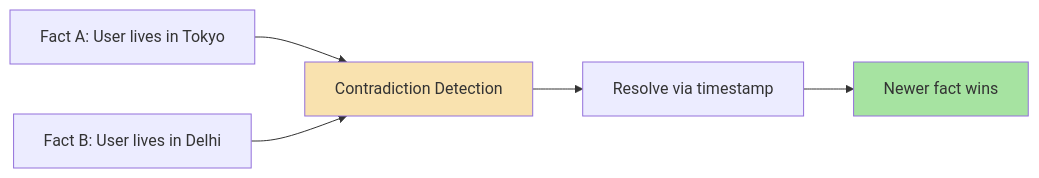
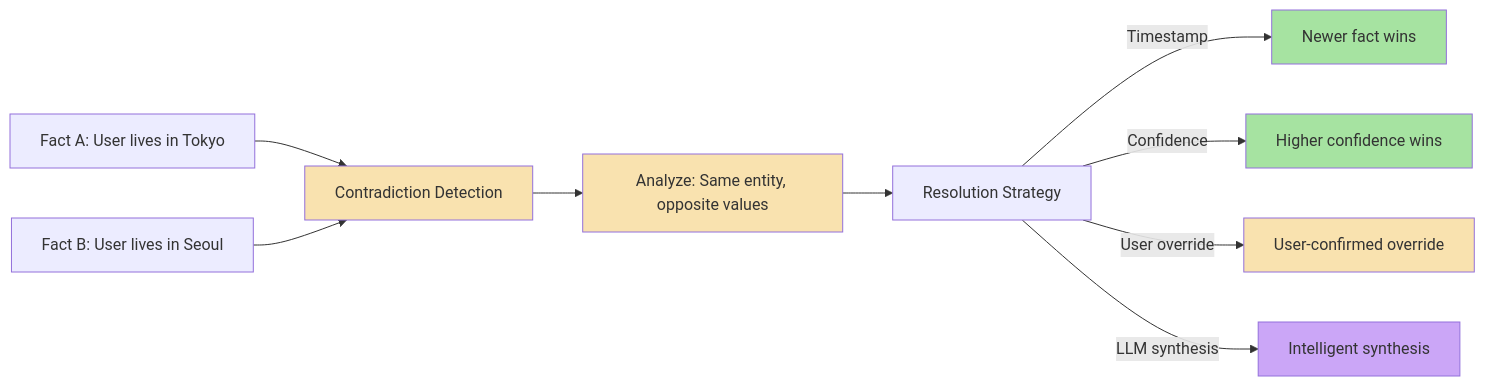
One commit to Amie-dev/FDE-and-GenAI-Mastery changed the fourth of 7 diagrams in Lecture 19 - Agent Memory Systems/notes/06_Claude_Style_Memory_Dreaming_and_Background_Reflection.md. Above: the diagram before and after it, drawn with Mermaid. The commit also changed other lines of this file and 9 other files, not shown here.

````diff
--- a/Lecture 19 - Agent Memory Systems/notes/06_Claude_Style_Memory_Dreaming_and_Background_Reflection.md
+++ b/Lecture 19 - Agent Memory Systems/notes/06_Claude_Style_Memory_Dreaming_and_Background_Reflection.md
@@ -115,10 +217,18 @@
 ```mermaid
 flowchart LR
     A["Fact A: User lives in Tokyo"] --> D[Contradiction Detection]
-    B["Fact B: User lives in Delhi"] --> D
-    D --> E["Resolve via timestamp"]
-    E --> F["Newer fact wins"]
+    B["Fact B: User lives in Seoul"] --> D
+    D --> E["Analyze: Same entity, opposite values"]
+    E --> F["Resolution Strategy"]
+    F -->|Timestamp| G[Newer fact wins]
+    F -->|Confidence| H[Higher confidence wins]
+    F -->|User override| I[User-confirmed override]
+    F -->|LLM synthesis| J[Intelligent synthesis]
     
     style D fill:#f9e2af
-    style F fill:#a6e3a1
+    style E fill:#f9e2af
+    style G fill:#a6e3a1
+    style H fill:#a6e3a1
+    style I fill:#f9e2af
+    style J fill:#cba6f7
 ```
````
